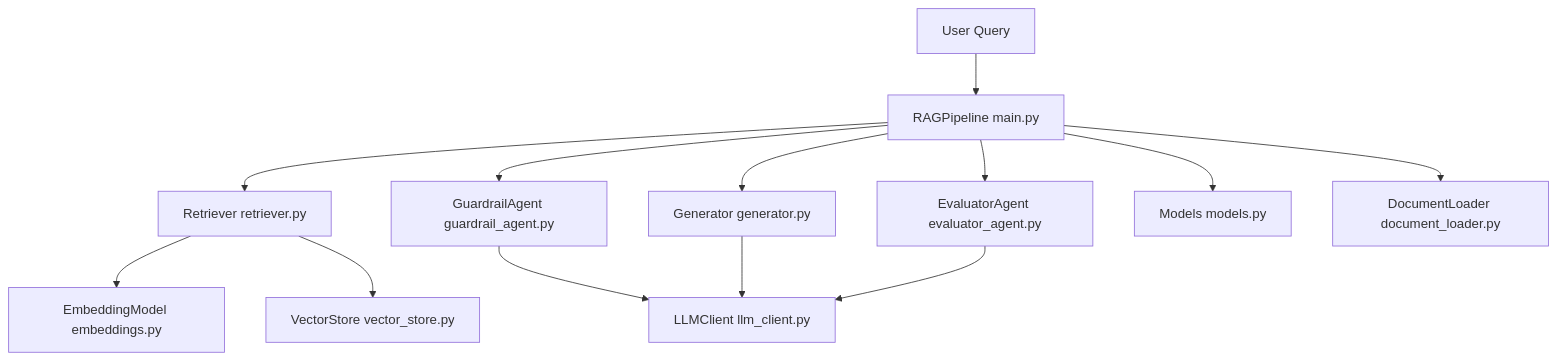
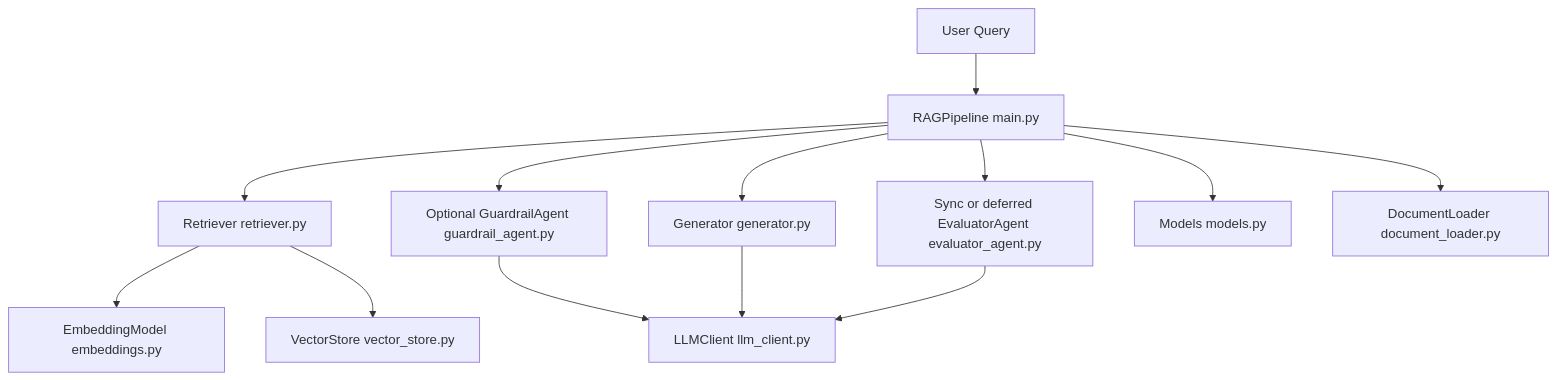
The diagram in docs/ARCHITECTURE.md (Prathampthk/evalforge-ml), drawn with Mermaid before and after one commit. The commit also changed other lines of this file and 33 other files, not shown here.

````diff
--- a/docs/ARCHITECTURE.md
+++ b/docs/ARCHITECTURE.md
@@ -10,15 +10,15 @@
 ```mermaid
 graph TD
   U[User Query] --> P[RAGPipeline main.py]
   P --> R[Retriever retriever.py]
   R --> E[EmbeddingModel embeddings.py]
   R --> V[VectorStore vector_store.py]
-  P --> G[GuardrailAgent guardrail_agent.py]
+  P --> G[Optional GuardrailAgent guardrail_agent.py]
   P --> N[Generator generator.py]
-  P --> X[EvaluatorAgent evaluator_agent.py]
+  P --> X[Sync or deferred EvaluatorAgent evaluator_agent.py]
   G --> L[LLMClient llm_client.py]
   N --> L
   X --> L
   P --> M[Models models.py]
   P --> D[DocumentLoader document_loader.py]
 ```
````
